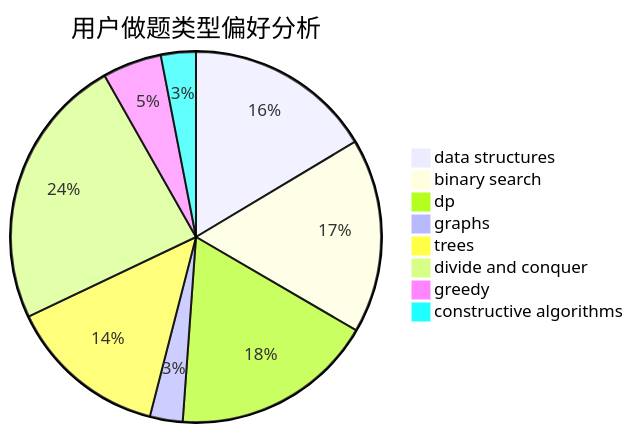
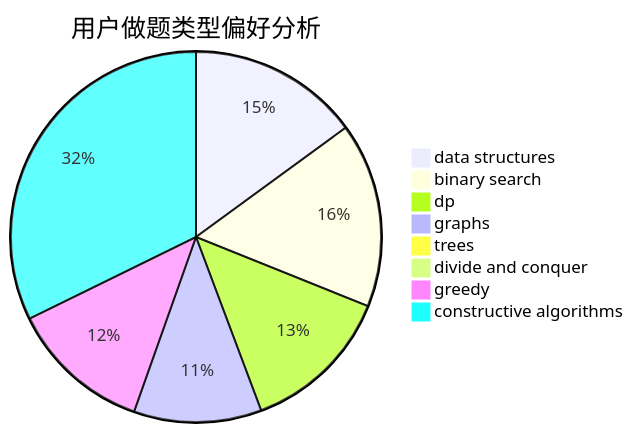
One commit to sherpahu/cfrs.github.io changed the second of 3 diagrams in docs/user/u365.md. Above: the diagram before and after it, drawn with Mermaid. The commit also changed other lines of this file and 2770 other files, not shown here.

````diff
--- a/docs/user/u365.md
+++ b/docs/user/u365.md
@@ -23,11 +23,11 @@
 ```mermaid
 pie title 用户做题类型偏好分析
-    "data structures" :  86
-    "binary search" :  89
-    "dp" :  93
-    "graphs" :  15
-    "trees" :  73
-    "divide and conquer" :  125
-    "greedy" :  27
-    "constructive algorithms" :  16
+    "data structures" :  51
+    "binary search" :  55
+    "dp" :  45
+    "graphs" :  38
+    "trees" :  0
+    "divide and conquer" :  0
+    "greedy" :  42
+    "constructive algorithms" :  110
 ```
````
